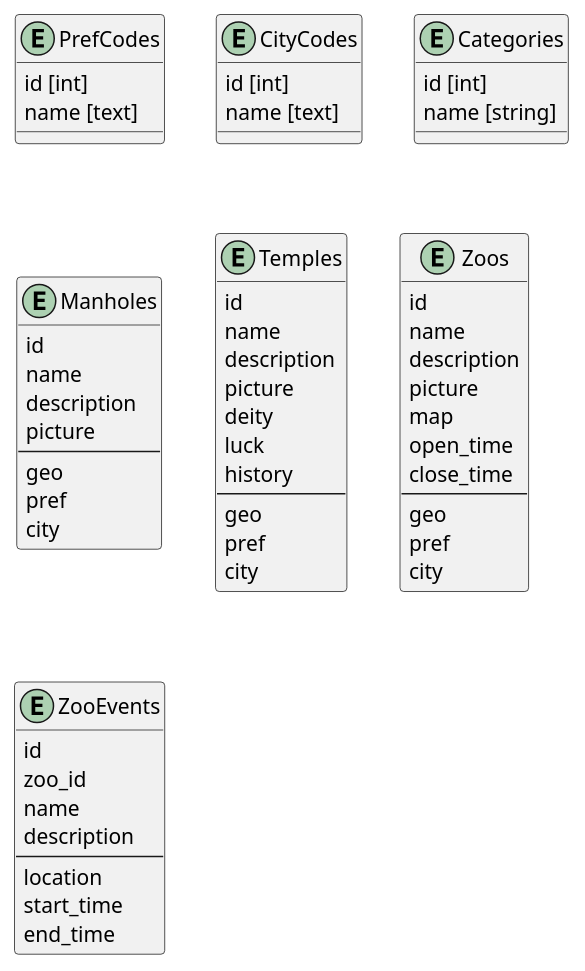
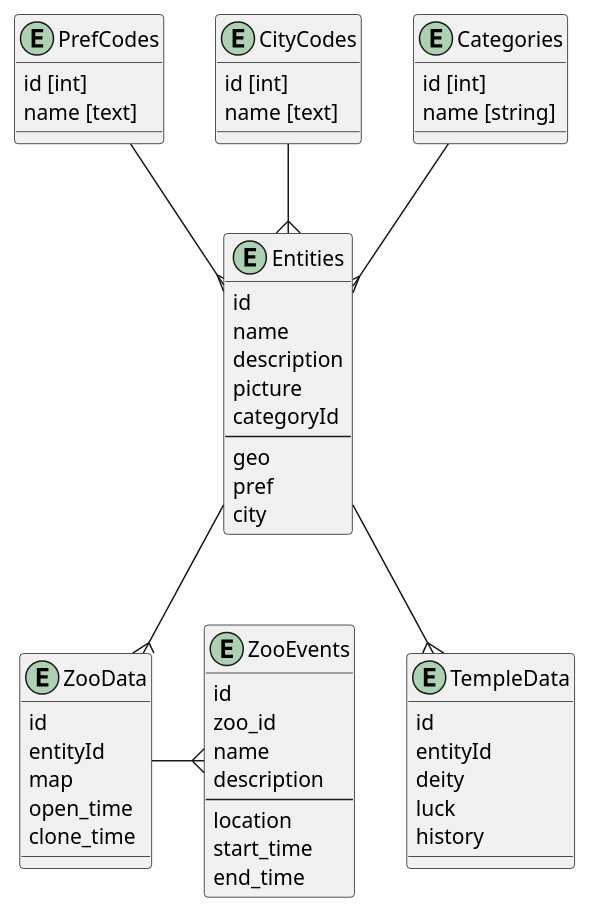
Before and after one commit to ProjectX-Tourismap/data-collection: the diagram in database.puml, drawn with PlantUML. The commit also changed 2 other files, not shown here.

```diff
--- a/database.puml
+++ b/database.puml
@@ -1,68 +1,65 @@
 @startuml
 
 entity PrefCodes {
 	id [int]
 	name [text]
 }
 
 entity CityCodes {
 	id [int]
 	name [text]
 }
 
 entity Categories {
 	id [int]
 	name [string]
 }
 
-entity Manholes {
-	id
-	name
-	description
-	picture
-	---
-	geo
-	pref
-	city
-}
-
-entity Temples {
-	id
-	name
-	description
-	picture
-	deity
-	luck
-	history
-	---
-	geo
-	pref
-	city
-}
-
-entity Zoos {
-	id
-	name
-	description
-	picture
-	map
-	open_time
-	close_time
-	---
-	geo
-	pref
-	city
-}
-
 entity ZooEvents {
 	id
 	zoo_id
 	name
 	description
 	---
 	location
 	start_time
 	end_time
 }
 
+entity Entities {
+    id
+    name
+    description
+    picture
+    categoryId
+    ----
+    geo
+    pref
+    city
+}
+
+entity TempleData {
+    id
+    entityId
+    deity
+    luck
+    history
+}
+
+entity ZooData {
+    id
+    entityId
+    map
+    open_time
+    clone_time
+}
+
+Entities --{ TempleData
+Entities --{ ZooData
+ZooData -{ ZooEvents
+
+PrefCodes --{ Entities
+CityCodes --{ Entities
+Categories --{ Entities
+
 @enduml
```
